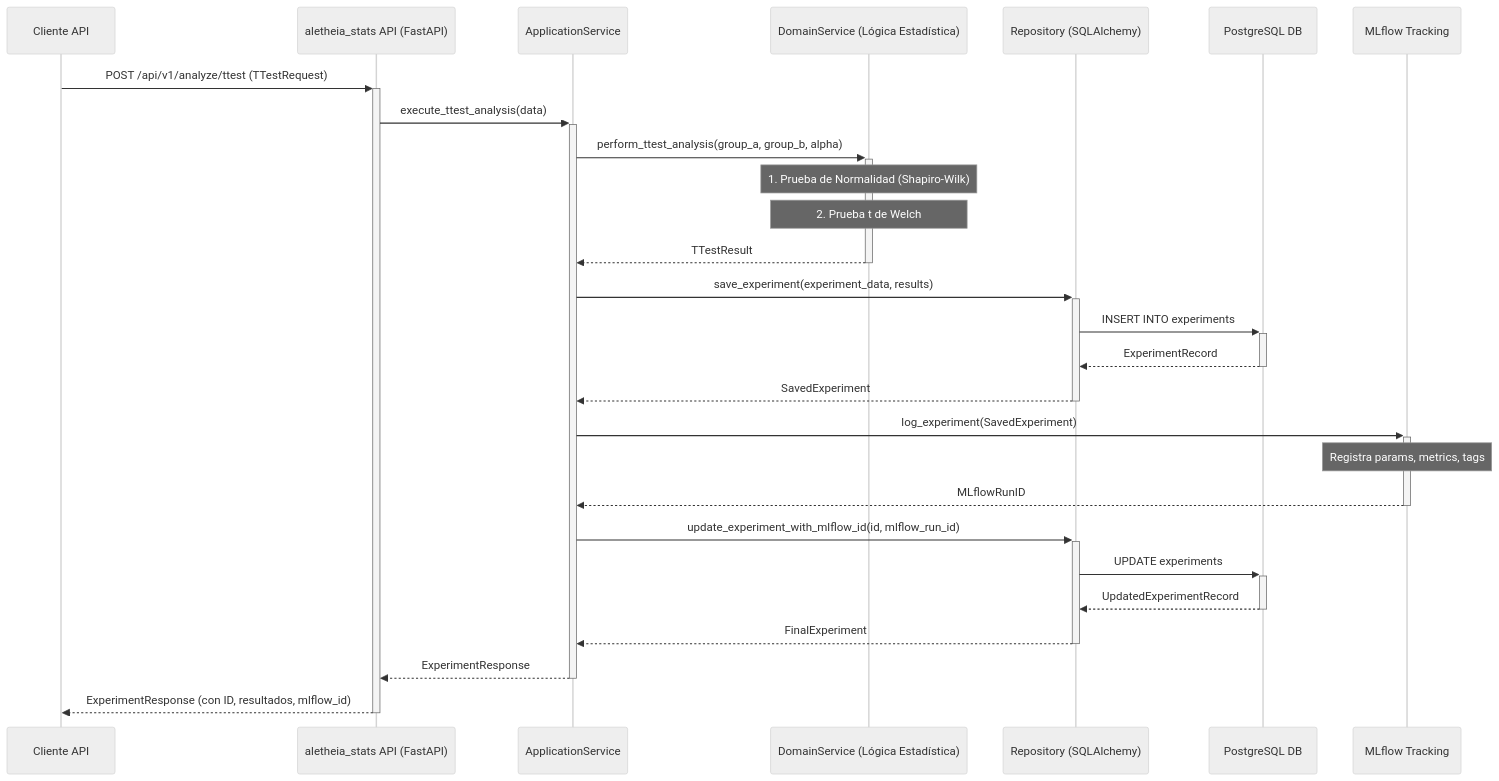
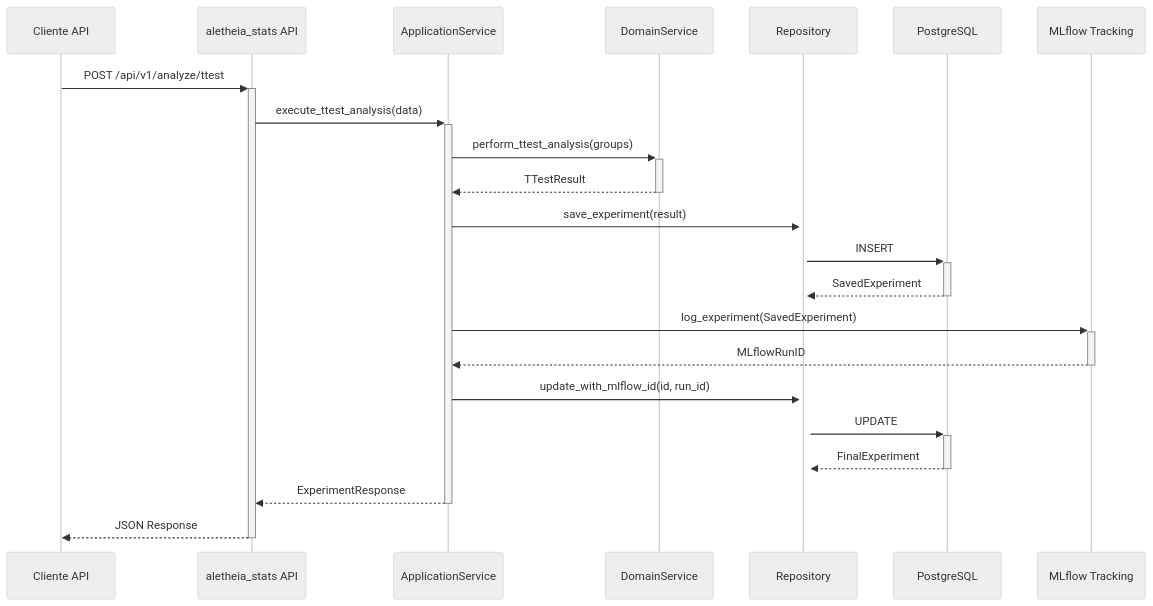
Before and after one commit to SunNeurotron/Aletheia: the diagram in aletheia_stats/README.md, drawn with Mermaid (neutral theme). The commit also changed other lines of this file and 7 other files, not shown here.

````diff
--- a/aletheia_stats/README.md
+++ b/aletheia_stats/README.md
@@ -19,30 +13,25 @@
 ```mermaid
 sequenceDiagram
     participant Client as Cliente API
-    participant API as aletheia_stats API (FastAPI)
+    participant API as aletheia_stats API
     participant AppService as ApplicationService
-    participant StatsService as DomainService (Lógica Estadística)
-    participant Repo as Repository (SQLAlchemy)
-    participant DB as PostgreSQL DB
+    participant StatsService as DomainService
+    participant Repo as Repository
+    participant DB as PostgreSQL
     participant MLflow as MLflow Tracking
 
-    Client->>+API: POST /api/v1/analyze/ttest (TTestRequest)
+    Client->>+API: POST /api/v1/analyze/ttest
     API->>+AppService: execute_ttest_analysis(data)
-    AppService->>+StatsService: perform_ttest_analysis(group_a, group_b, alpha)
-    Note over StatsService: 1. Prueba de Normalidad (Shapiro-Wilk)
-    Note over StatsService: 2. Prueba t de Welch
+    AppService->>+StatsService: perform_ttest_analysis(groups)
     StatsService-->>-AppService: TTestResult
-    AppService->>+Repo: save_experiment(experiment_data, results)
-    Repo->>+DB: INSERT INTO experiments
-    DB-->>-Repo: ExperimentRecord
-    Repo-->>-AppService: SavedExperiment
+    AppService->>+Repo: save_experiment(result)
+    Repo->>+DB: INSERT
+    DB-->>-Repo: SavedExperiment
     AppService->>+MLflow: log_experiment(SavedExperiment)
-    Note over MLflow: Registra params, metrics, tags
     MLflow-->>-AppService: MLflowRunID
-    AppService->>+Repo: update_experiment_with_mlflow_id(id, mlflow_run_id)
-    Repo->>+DB: UPDATE experiments
-    DB-->>-Repo: UpdatedExperimentRecord
-    Repo-->>-AppService: FinalExperiment
+    AppService->>+Repo: update_with_mlflow_id(id, run_id)
+    Repo->>+DB: UPDATE
+    DB-->>-Repo: FinalExperiment
     AppService-->>-API: ExperimentResponse
-    API-->>-Client: ExperimentResponse (con ID, resultados, mlflow_id)
+    API-->>-Client: JSON Response
 ```
````
